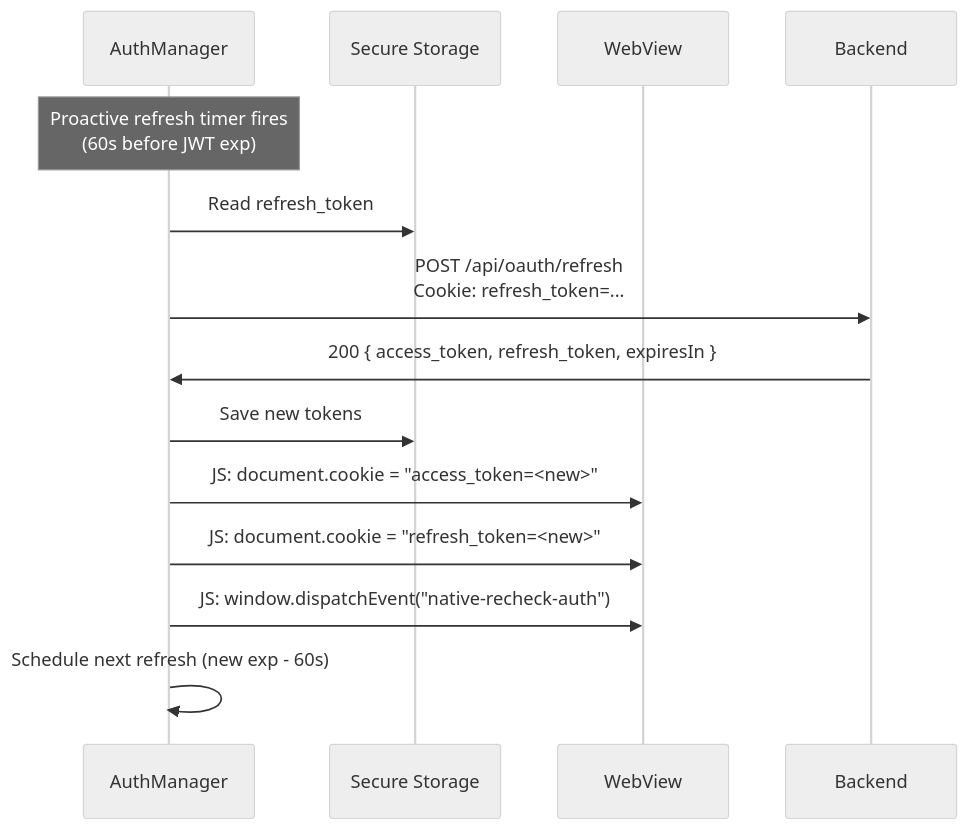
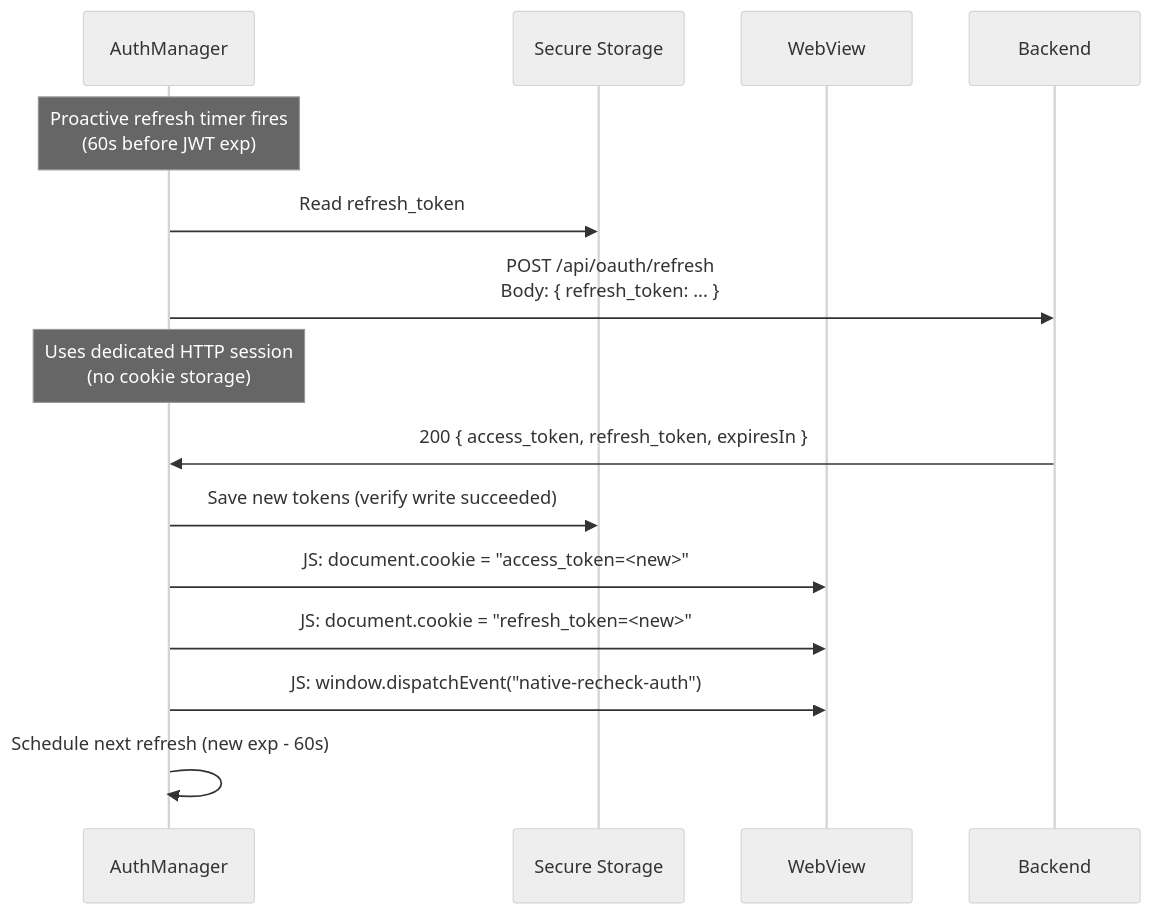
Before and after one commit to xiaoyuanzhu-com/my-life-db-docs: the fourth of 6 diagrams in src/content/docs/internal/components/auth.md, drawn with Mermaid (neutral theme). The commit also changed other lines of this file, not shown here.

First line of the commit message:
docs: update auth design for native body-based refresh and bridge delegation

````diff
--- a/src/content/docs/internal/components/auth.md
+++ b/src/content/docs/internal/components/auth.md
@@ -375,17 +428,18 @@
 ```mermaid
 sequenceDiagram
     participant AM as AuthManager
     participant KS as Secure Storage
     participant WV as WebView
     participant BE as Backend
 
     Note over AM: Proactive refresh timer fires<br/>(60s before JWT exp)
     AM->>KS: Read refresh_token
-    AM->>BE: POST /api/oauth/refresh<br/>Cookie: refresh_token=...
+    AM->>BE: POST /api/oauth/refresh<br/>Body: { refresh_token: ... }
+    Note over AM: Uses dedicated HTTP session<br/>(no cookie storage)
     BE->>AM: 200 { access_token, refresh_token, expiresIn }
-    AM->>KS: Save new tokens
+    AM->>KS: Save new tokens (verify write succeeded)
     AM->>WV: JS: document.cookie = "access_token=<new>"
     AM->>WV: JS: document.cookie = "refresh_token=<new>"
     AM->>WV: JS: window.dispatchEvent("native-recheck-auth")
     AM->>AM: Schedule next refresh (new exp - 60s)
 ```
````
